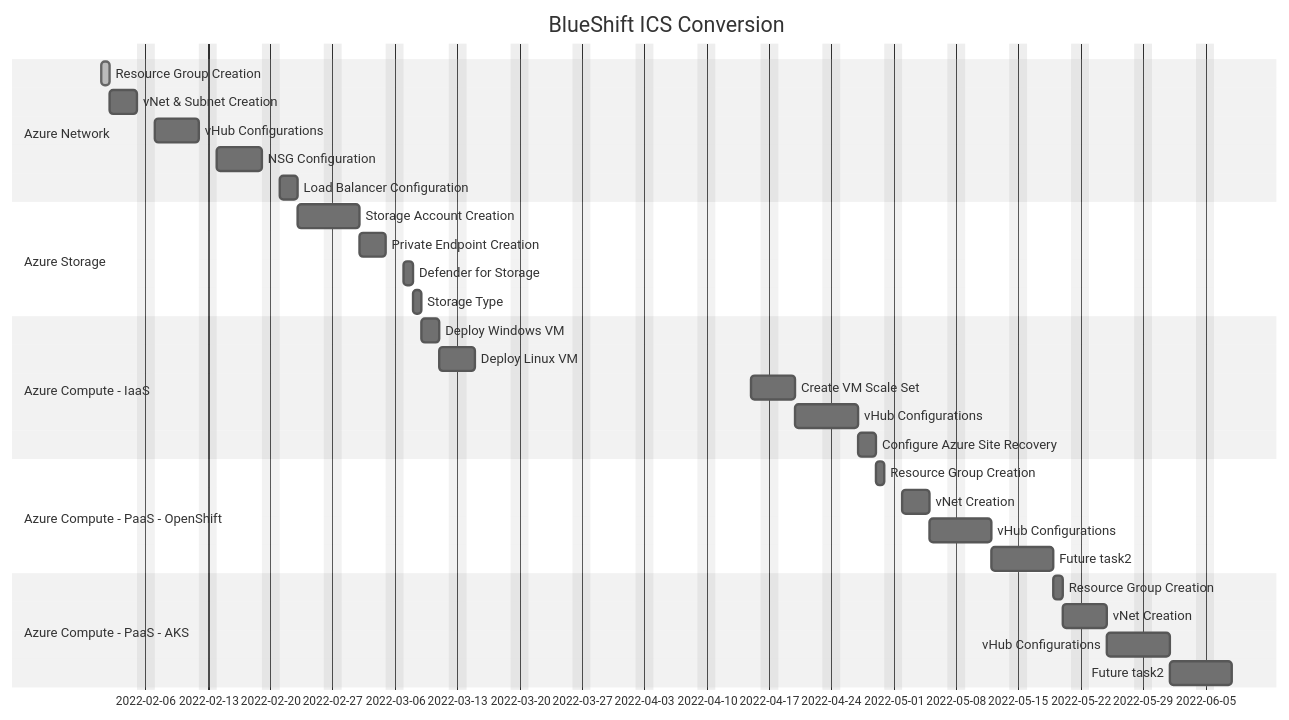
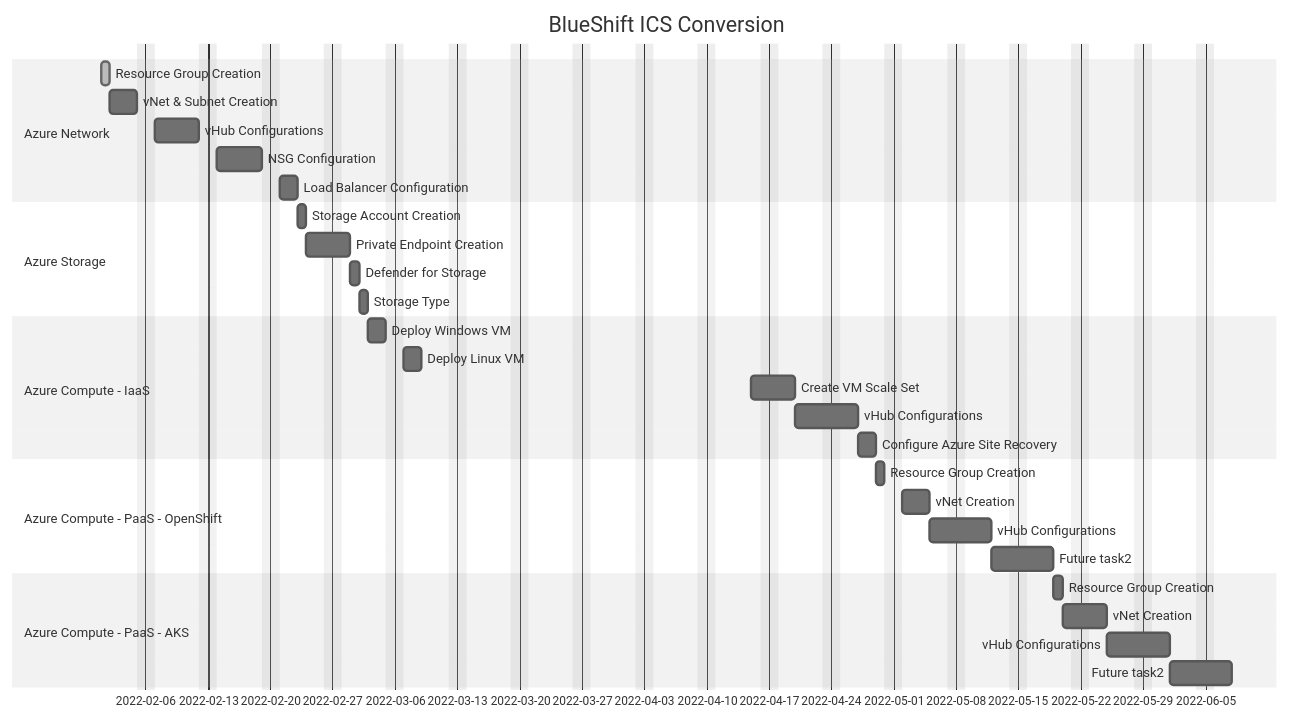
One commit to slagathor34/awx-lab changed the first of 2 diagrams in README.md. Above: the diagram before and after it, drawn with Mermaid (neutral theme). The commit also changed 2 other files, not shown here.

Commit message:
Added Group create

````diff
--- a/README.md
+++ b/README.md
@@ -7,38 +7,38 @@
 ```mermaid
 gantt
     dateFormat  YYYY-MM-DD
     title       BlueShift ICS Conversion
     excludes    weekends
 
     section Azure Network
     Resource Group Creation           :done, des1, 2022-02-01, 1d
     vNet & Subnet Creation            :des2, after des1, 3d
     vHub Configurations               :des3, after des2, 5d
     NSG Configuration                 :des4, after des3, 5d
     Load Balancer Configuration       :des5, after des4, 2d
 
     section Azure Storage
-    Storage Account Creation          :des6, after des5, 5d
+    Storage Account Creation          :des6, after des5, 1d
     Private Endpoint Creation         :des7, after des6, 3d
     Defender for Storage              :des8, after des7, 1d
     Storage Type                      :des9, after des8, 1d
 
     section Azure Compute - IaaS
     Deploy Windows VM                 :des10, after des9, 2d
     Deploy Linux VM                   :dest11, after des10, 2d
     Create VM Scale Set               :des12, after des11, 3d
     vHub Configurations               :des13, after des12, 5d
     Configure Azure Site Recovery     :des14, after des13, 2d
 
     section Azure Compute - PaaS - OpenShift
     Resource Group Creation           :des15, after des14, 1d
     vNet Creation                     :des16, after des15, 3d
     vHub Configurations               :des17, after des16, 5d
     Future task2                      :des18, after des17, 5d
 
     section Azure Compute - PaaS - AKS
     Resource Group Creation           :des19, after des18, 1d
     vNet Creation                     :des20, after des19, 3d
     vHub Configurations               :des21, after des20, 5d
     Future task2                      :des22, after des21, 5d
 ```
````
